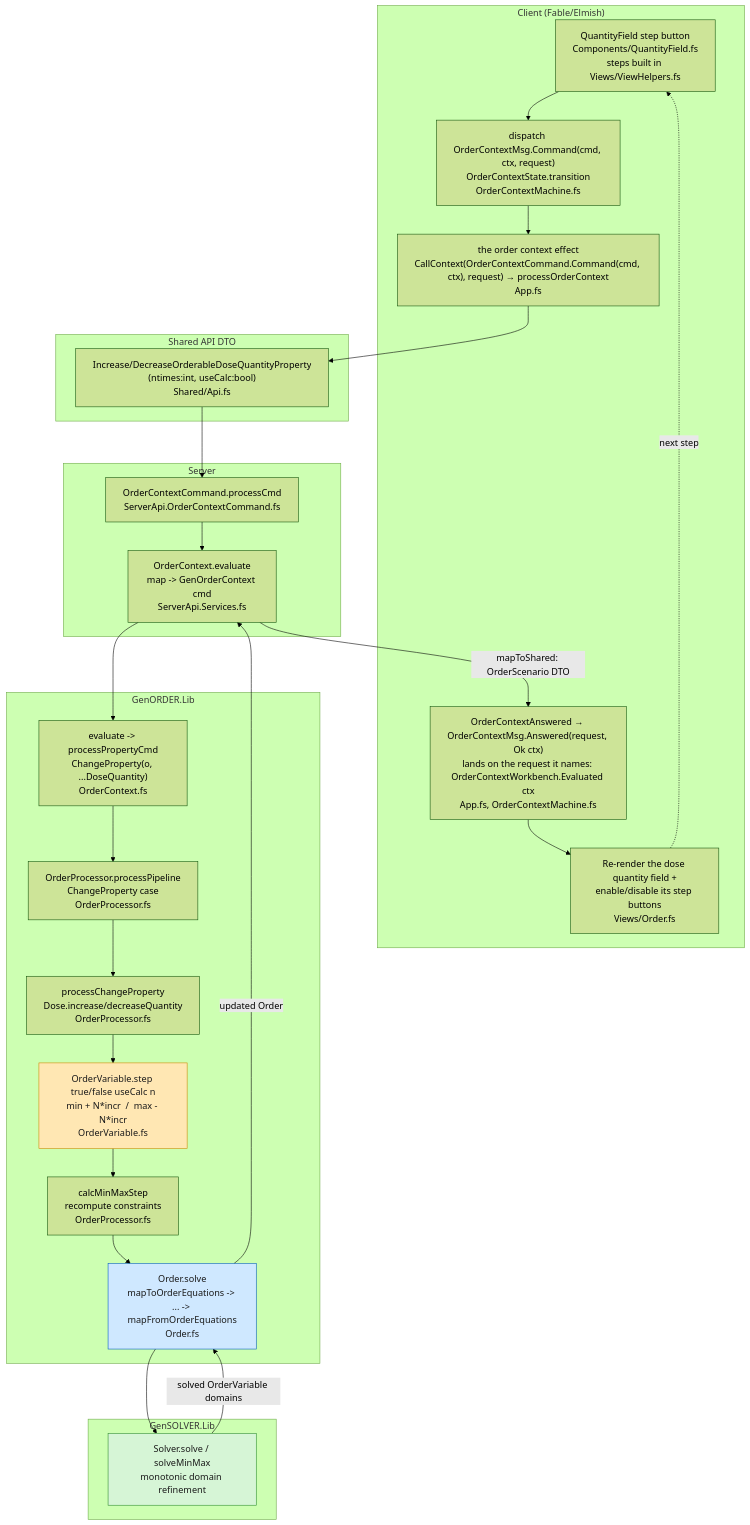
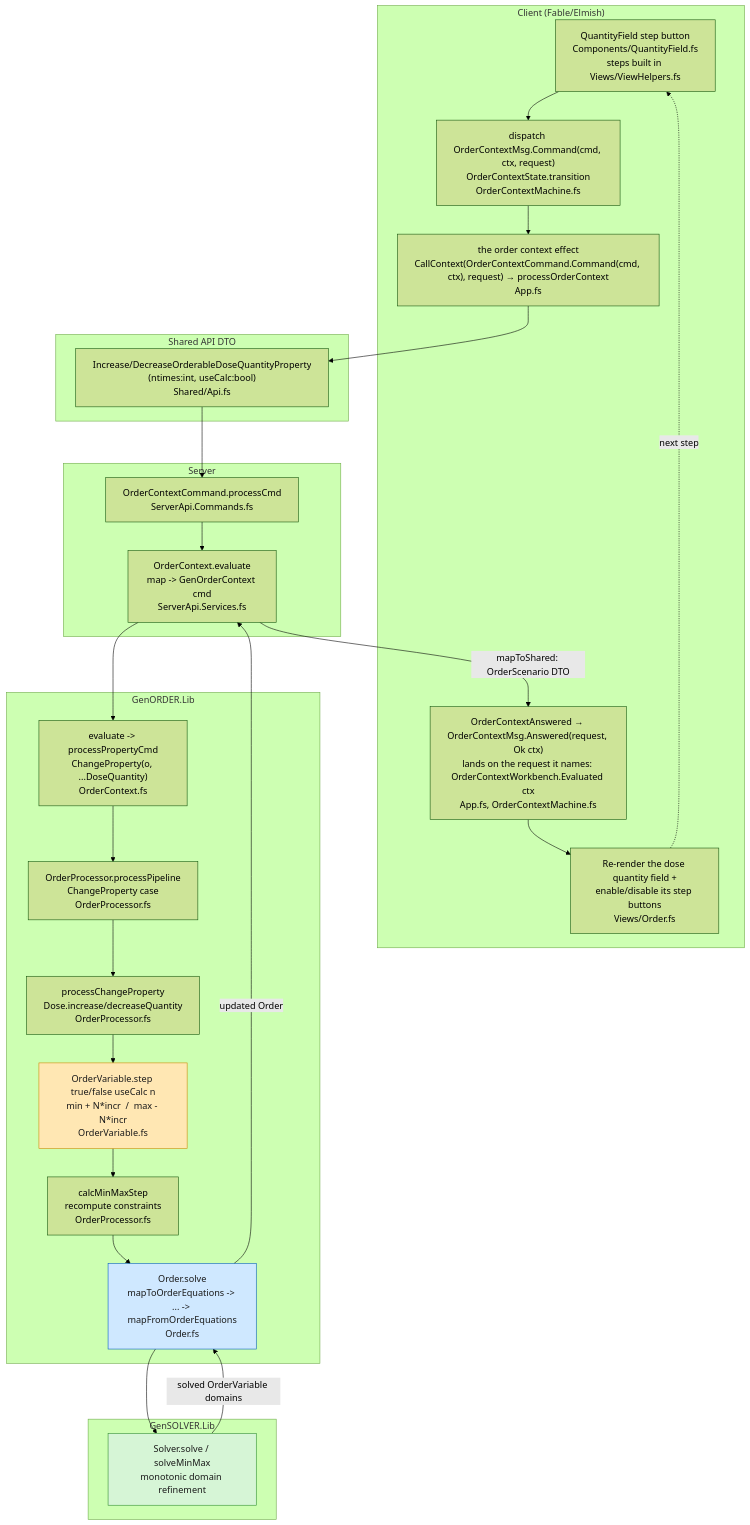
Before and after one commit to informedica/GenPRES: the first of 2 diagrams in docs/domain/dose-quantity-stepping-flow.md, drawn with Mermaid (forest theme). The commit also changed other lines of this file and 27 other files, not shown here.

````diff
--- a/docs/domain/dose-quantity-stepping-flow.md
+++ b/docs/domain/dose-quantity-stepping-flow.md
@@ -7,43 +7,43 @@
 ```mermaid
 flowchart TD
     subgraph CLIENT["Client (Fable/Elmish)"]
         UI["QuantityField step button<br/>Components/QuantityField.fs<br/>steps built in Views/ViewHelpers.fs"]
         MSG["dispatch OrderContextMsg.Command(cmd, ctx, request)<br/>OrderContextState.transition<br/>OrderContextMachine.fs"]
         CALL["the order context effect<br/>CallContext(OrderContextCommand.Command(cmd, ctx), request) → processOrderContext<br/>App.fs"]
         RESP["OrderContextAnswered → OrderContextMsg.Answered(request, Ok ctx)<br/>lands on the request it names: OrderContextWorkbench.Evaluated ctx<br/>App.fs, OrderContextMachine.fs"]
         RENDER["Re-render the dose quantity field +<br/>enable/disable its step buttons<br/>Views/Order.fs"]
     end
 
     subgraph SHARED["Shared API DTO"]
         CMD["Increase/DecreaseOrderableDoseQuantityProperty<br/>(ntimes:int, useCalc:bool)<br/>Shared/Api.fs"]
     end
 
     subgraph SERVER["Server"]
-        SCMD["OrderContextCommand.processCmd<br/>ServerApi.OrderContextCommand.fs"]
+        SCMD["OrderContextCommand.processCmd<br/>ServerApi.Commands.fs"]
         SEVAL["OrderContext.evaluate<br/>map -> GenOrderContext cmd<br/>ServerApi.Services.fs"]
     end
 
     subgraph GENORDER["GenORDER.Lib"]
         GEVAL["evaluate -> processPropertyCmd<br/>ChangeProperty(o, ...DoseQuantity)<br/>OrderContext.fs"]
         PIPE["OrderProcessor.processPipeline<br/>ChangeProperty case<br/>OrderProcessor.fs"]
         PCHANGE["processChangeProperty<br/>Dose.increase/decreaseQuantity<br/>OrderProcessor.fs"]
         STEP["OrderVariable.step true/false useCalc n<br/>min + N*incr  /  max - N*incr<br/>OrderVariable.fs"]
         CALCMM["calcMinMaxStep<br/>recompute constraints<br/>OrderProcessor.fs"]
         SOLVE["Order.solve<br/>mapToOrderEquations -> ... -> mapFromOrderEquations<br/>Order.fs"]
     end
 
     subgraph SOLVER["GenSOLVER.Lib"]
         GS["Solver.solve / solveMinMax<br/>monotonic domain refinement"]
     end
 
     UI --> MSG --> CALL --> CMD --> SCMD --> SEVAL --> GEVAL --> PIPE --> PCHANGE --> STEP --> CALCMM --> SOLVE --> GS
     GS -->|solved OrderVariable domains| SOLVE
     SOLVE -->|updated Order| SEVAL
     SEVAL -->|mapToShared: OrderScenario DTO| RESP
     RESP --> RENDER
     RENDER -.->|next step| UI
 
     style STEP fill:#ffe7b3,stroke:#cc8800,color:#1a1a1a
     style SOLVE fill:#cfe8ff,stroke:#005bbb,color:#1a1a1a
     style GS fill:#d6f5d6,stroke:#2e8b2e,color:#1a1a1a
 ```
````
